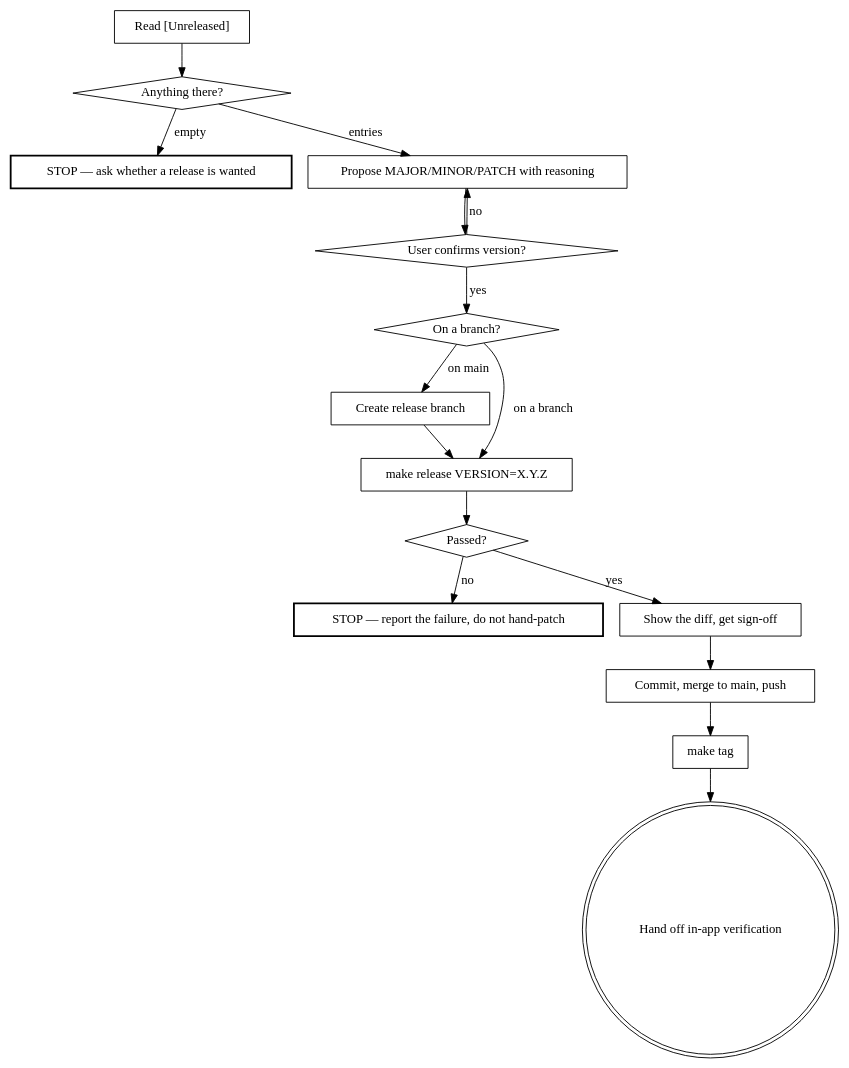
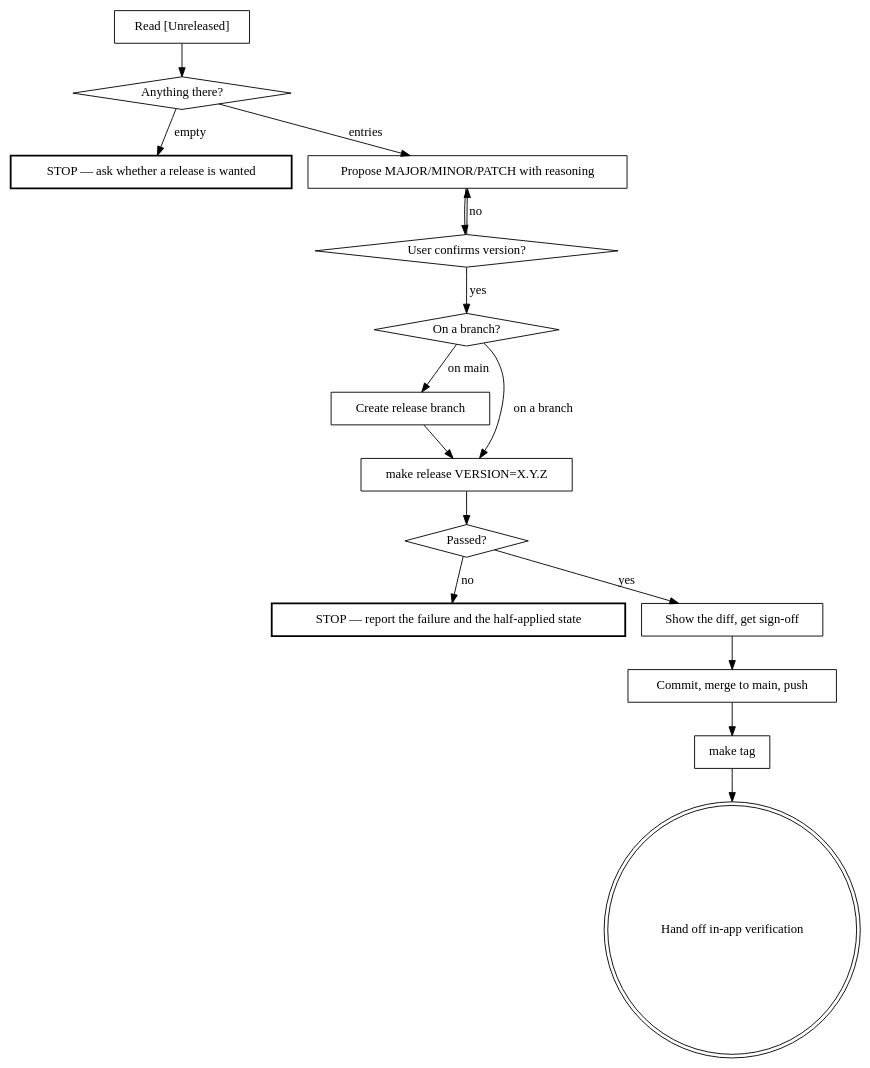
One commit to Ovid/paad changed the diagram in .claude/skills/release/SKILL.md. Above: the diagram before and after it, drawn with Graphviz. The commit also changed other lines of this file and 6 other files, not shown here.

````diff
--- a/.claude/skills/release/SKILL.md
+++ b/.claude/skills/release/SKILL.md
@@ -22,34 +22,34 @@
 ```dot
 digraph release {
     "Read [Unreleased]" [shape=box];
     "Anything there?" [shape=diamond];
     "STOP — ask whether a release is wanted" [shape=box, style=bold];
     "Propose MAJOR/MINOR/PATCH with reasoning" [shape=box];
     "User confirms version?" [shape=diamond];
     "On a branch?" [shape=diamond];
     "Create release branch" [shape=box];
     "make release VERSION=X.Y.Z" [shape=box];
     "Passed?" [shape=diamond];
-    "STOP — report the failure, do not hand-patch" [shape=box, style=bold];
+    "STOP — report the failure and the half-applied state" [shape=box, style=bold];
     "Show the diff, get sign-off" [shape=box];
     "Commit, merge to main, push" [shape=box];
     "make tag" [shape=box];
     "Hand off in-app verification" [shape=doublecircle];
 
     "Read [Unreleased]" -> "Anything there?";
     "Anything there?" -> "STOP — ask whether a release is wanted" [label="empty"];
     "Anything there?" -> "Propose MAJOR/MINOR/PATCH with reasoning" [label="entries"];
     "Propose MAJOR/MINOR/PATCH with reasoning" -> "User confirms version?";
     "User confirms version?" -> "Propose MAJOR/MINOR/PATCH with reasoning" [label="no"];
     "User confirms version?" -> "On a branch?" [label="yes"];
     "On a branch?" -> "Create release branch" [label="on main"];
     "On a branch?" -> "make release VERSION=X.Y.Z" [label="on a branch"];
     "Create release branch" -> "make release VERSION=X.Y.Z";
     "make release VERSION=X.Y.Z" -> "Passed?";
-    "Passed?" -> "STOP — report the failure, do not hand-patch" [label="no"];
+    "Passed?" -> "STOP — report the failure and the half-applied state" [label="no"];
     "Passed?" -> "Show the diff, get sign-off" [label="yes"];
     "Show the diff, get sign-off" -> "Commit, merge to main, push";
     "Commit, merge to main, push" -> "make tag";
     "make tag" -> "Hand off in-app verification";
 }
 ```
````
